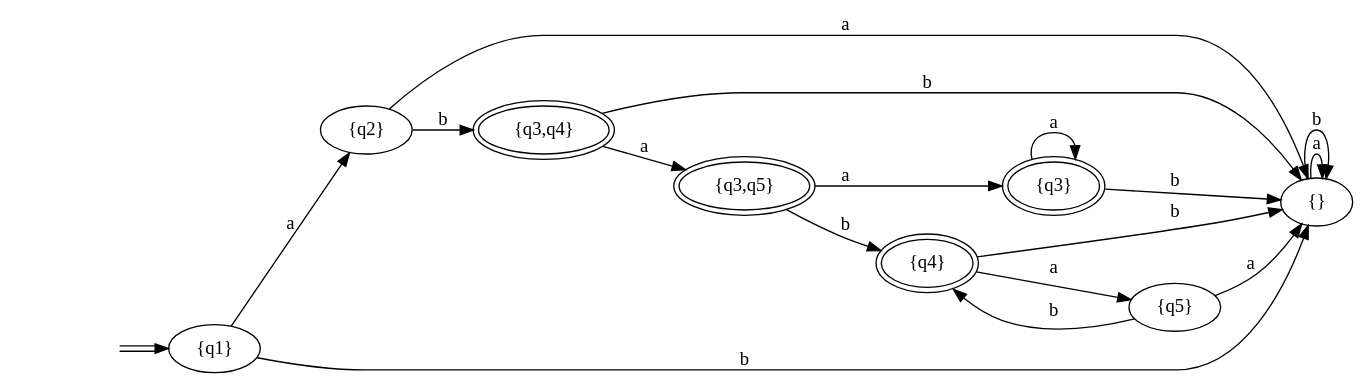
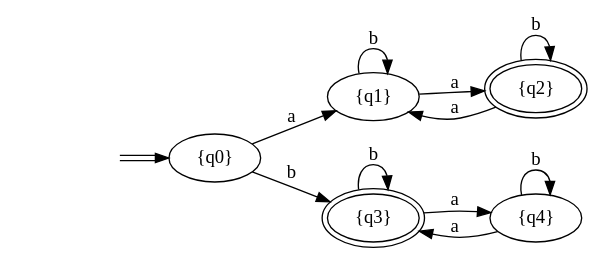
One commit to ptitguigui/Licence_Info-S5 changed the diagram in tp5-tp6-tp7/automate-test-determinize.dot. Above: the diagram before and after it, drawn with Graphviz. The commit also changed 7 other files, not shown here.

```diff
--- a/tp5-tp6-tp7/automate-test-determinize.dot
+++ b/tp5-tp6-tp7/automate-test-determinize.dot
@@ -1,21 +1,15 @@
 digraph Automaton { 
   rankdir = LR
-  0 [label="{q1}"];  1 [label="{q2}"];  2 [label="{}"];  3 [label="{q3,q4}",peripheries=2];  4 [label="{q3,q5}",peripheries=2];  5 [label="{q3}",peripheries=2];  6 [label="{q4}",peripheries=2];  7 [label="{q5}"];  start0 [style=invis]
+  0 [label="{q0}"];  1 [label="{q1}"];  2 [label="{q3}",peripheries=2];  3 [label="{q4}"];  4 [label="{q2}",peripheries=2];  start0 [style=invis]
   start0 -> 0[color="black:white:black"]
   0 -> 1 [label = "a" ]
   0 -> 2 [label = "b" ]
-  1 -> 2 [label = "a" ]
-  1 -> 3 [label = "b" ]
-  2 -> 2 [label = "a" ]
+  1 -> 4 [label = "a" ]
+  1 -> 1 [label = "b" ]
+  2 -> 3 [label = "a" ]
   2 -> 2 [label = "b" ]
-  3 -> 4 [label = "a" ]
-  3 -> 2 [label = "b" ]
-  4 -> 5 [label = "a" ]
-  4 -> 6 [label = "b" ]
-  5 -> 5 [label = "a" ]
-  5 -> 2 [label = "b" ]
-  6 -> 7 [label = "a" ]
-  6 -> 2 [label = "b" ]
-  7 -> 2 [label = "a" ]
-  7 -> 6 [label = "b" ]
+  3 -> 2 [label = "a" ]
+  3 -> 3 [label = "b" ]
+  4 -> 1 [label = "a" ]
+  4 -> 4 [label = "b" ]
 }
```
